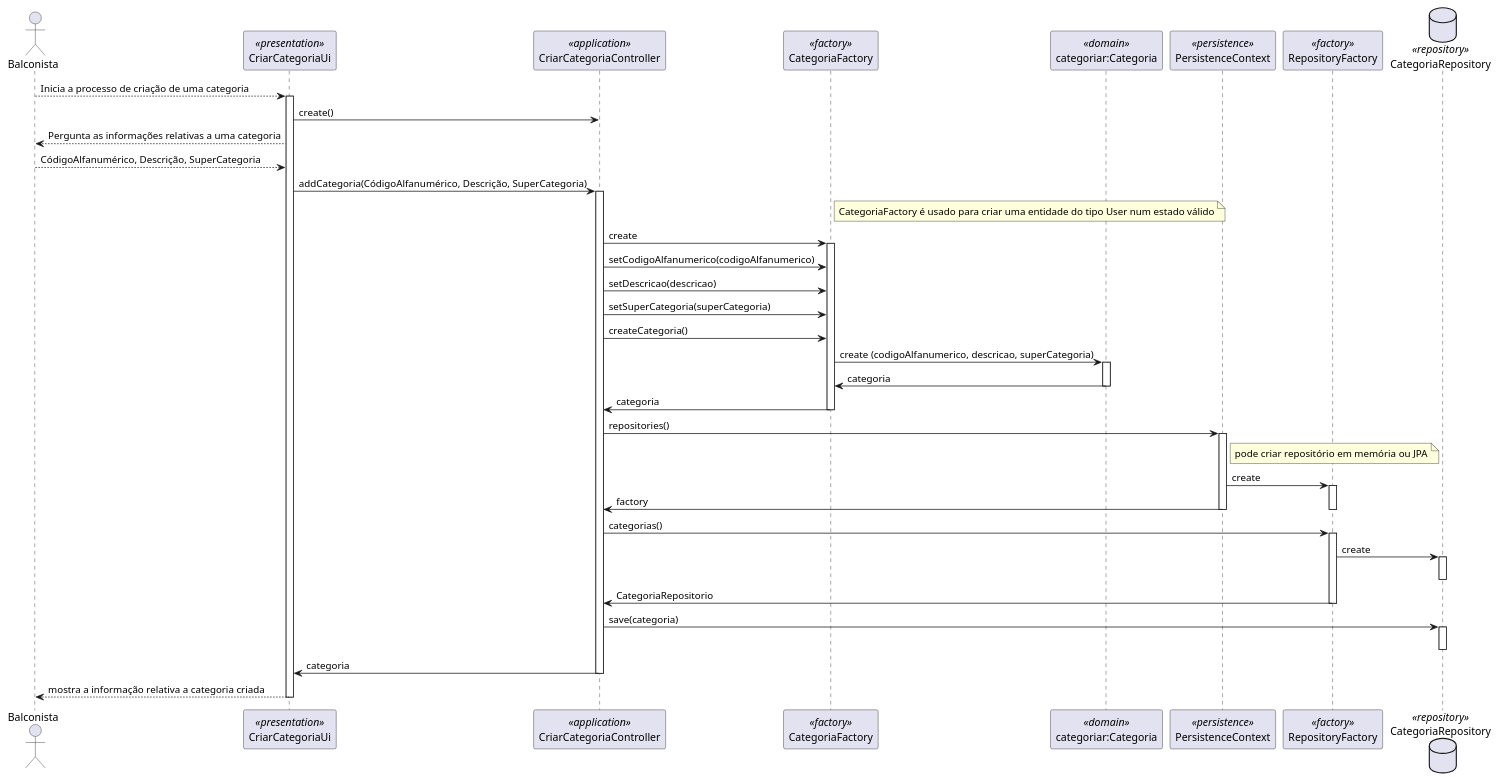
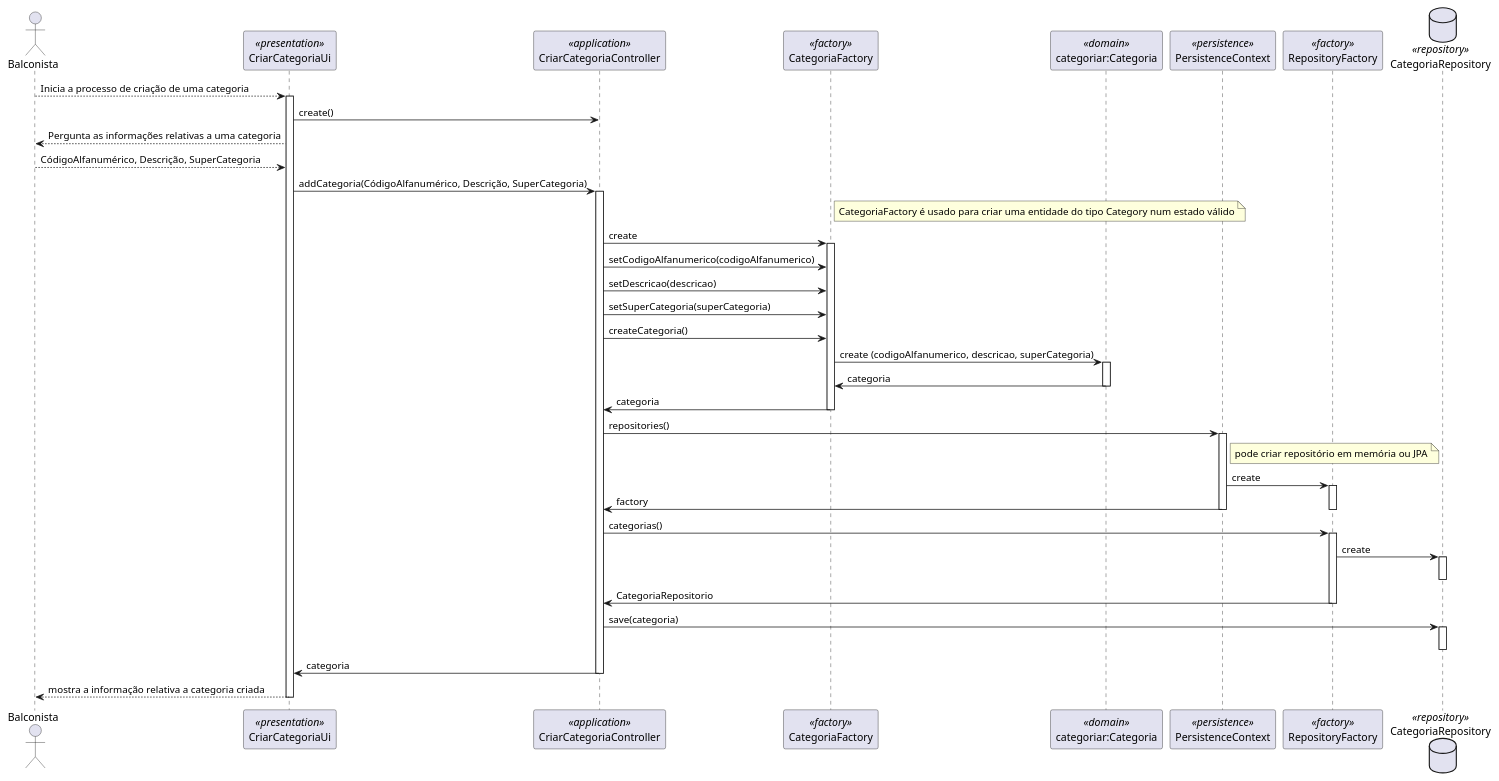
Before and after one commit to 0franciscor/lei21_22_s4_2de_01: the diagram in docs/1200720/US1005/SD_US1005.puml, drawn with PlantUML. The commit also changed 14 other files, not shown here.

```diff
--- a/docs/1200720/US1005/SD_US1005.puml
+++ b/docs/1200720/US1005/SD_US1005.puml
@@ -1,65 +1,65 @@
 @startuml
 'http://plantuml.com/skinparam.html
 
 actor Balconista as B
 participant CriarCategoriaUi as UI <<presentation>>
 participant CriarCategoriaController as Controller <<application>>
 participant CategoriaFactory as FactoryCategoria <<factory>>
 participant "categoriar:Categoria" as Domain <<domain>>
 participant PersistenceContext as Persistence <<persistence>>
 participant RepositoryFactory as Factory <<factory>>
 database CategoriaRepository as Repository <<repository>>
 
 B --> UI: Inicia a processo de criação de uma categoria
 activate UI
     UI -> Controller: create()
     UI --> B: Pergunta as informações relativas a uma categoria
     B --> UI: CódigoAlfanumérico, Descrição, SuperCategoria
 
 
     UI -> Controller: addCategoria(CódigoAlfanumérico, Descrição, SuperCategoria)
     activate Controller
-        note right of FactoryCategoria:CategoriaFactory é usado para criar uma entidade do tipo User num estado válido
+        note right of FactoryCategoria:CategoriaFactory é usado para criar uma entidade do tipo Category num estado válido
         Controller -> FactoryCategoria: create
         activate FactoryCategoria
             Controller -> FactoryCategoria:setCodigoAlfanumerico(codigoAlfanumerico)
             Controller -> FactoryCategoria:setDescricao(descricao)
             Controller -> FactoryCategoria:setSuperCategoria(superCategoria)
 
             Controller -> FactoryCategoria:createCategoria()
 
             FactoryCategoria -> Domain: create (codigoAlfanumerico, descricao, superCategoria)
             activate Domain
             Domain->FactoryCategoria: categoria
             deactivate Domain
             FactoryCategoria -> Controller: categoria
 
         deactivate FactoryCategoria
 
         Controller -> Persistence: repositories()
         activate Persistence
             note right of Persistence: pode criar repositório em memória ou JPA
             Persistence -> Factory: create
             activate Factory
             Persistence -> Controller: factory
             deactivate Factory
 
         deactivate Persistence
 
         Controller -> Factory: categorias()
         activate Factory
             Factory -> Repository: create
             activate Repository
             deactivate Repository
             Factory -> Controller: CategoriaRepositorio
         deactivate Factory
 
         Controller->Repository:save(categoria)
         activate Repository
         deactivate Repository
         Controller->UI: categoria
     deactivate Controller
 
         UI-->B: mostra a informação relativa a categoria criada
 deactivate UI
 @enduml
```
